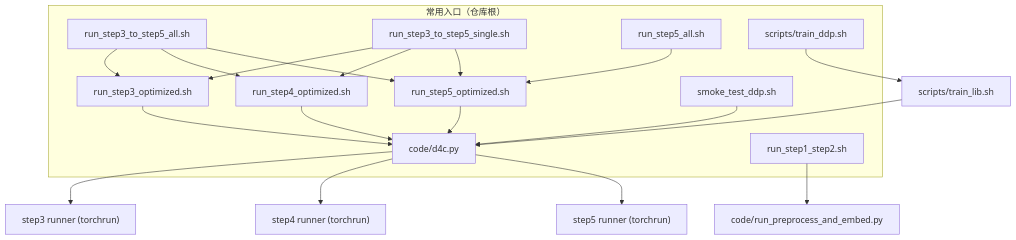
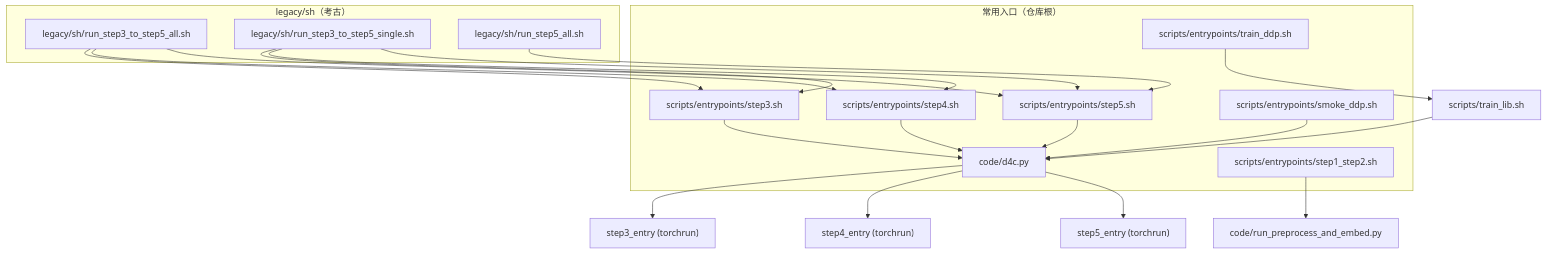
One commit to licslxd/D4C changed the diagram in docs/D4C_Scripts_and_Runtime_Guide.md. Above: the diagram before and after it, drawn with Mermaid. The commit also changed other lines of this file and 159 other files, not shown here.

````diff
--- a/docs/D4C_Scripts_and_Runtime_Guide.md
+++ b/docs/D4C_Scripts_and_Runtime_Guide.md
@@ -141,36 +158,38 @@
 ```mermaid
 flowchart TB
   subgraph entry["常用入口（仓库根）"]
     D4C["code/d4c.py"]
-    S12["run_step1_step2.sh"]
-    S3["run_step3_optimized.sh"]
-    S4["run_step4_optimized.sh"]
-    S5["run_step5_optimized.sh"]
-    P35A["run_step3_to_step5_all.sh"]
-    P35S["run_step3_to_step5_single.sh"]
-    S5ALL["run_step5_all.sh"]
-    TD["scripts/train_ddp.sh"]
-    SM["smoke_test_ddp.sh"]
+    S12["scripts/entrypoints/step1_step2.sh"]
+    S3["scripts/entrypoints/step3.sh"]
+    S4["scripts/entrypoints/step4.sh"]
+    S5["scripts/entrypoints/step5.sh"]
+    TD["scripts/entrypoints/train_ddp.sh"]
+    SM["scripts/entrypoints/smoke_ddp.sh"]
+  end
+  subgraph leg["legacy/sh（考古）"]
+    P35A["legacy/sh/run_step3_to_step5_all.sh"]
+    P35S["legacy/sh/run_step3_to_step5_single.sh"]
+    S5ALL["legacy/sh/run_step5_all.sh"]
   end
   PE["code/run_preprocess_and_embed.py"]
-  AT["step3 runner (torchrun)"]
-  GC["step4 runner (torchrun)"]
-  RD["step5 runner (torchrun)"]
+  AT["step3_entry (torchrun)"]
+  GC["step4_entry (torchrun)"]
+  RD["step5_entry (torchrun)"]
   D4C --> AT
   D4C --> GC
   D4C --> RD
   S12 --> PE
   S3 --> D4C
   S4 --> D4C
   S5 --> D4C
   P35A --> S3
   P35A --> S4
   P35A --> S5
   P35S --> S3
   P35S --> S4
   P35S --> S5
   S5ALL --> S5
   TD --> LIB["scripts/train_lib.sh"]
   LIB --> D4C
   SM --> D4C
 ```
````
